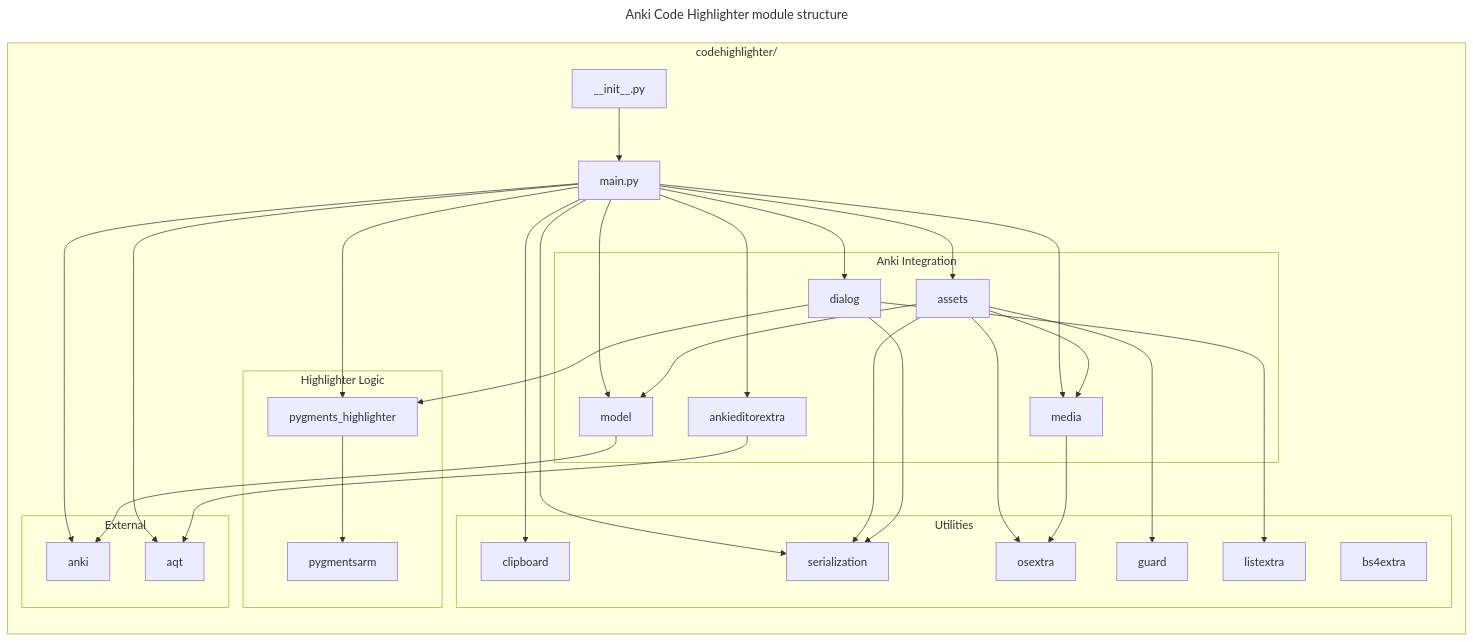
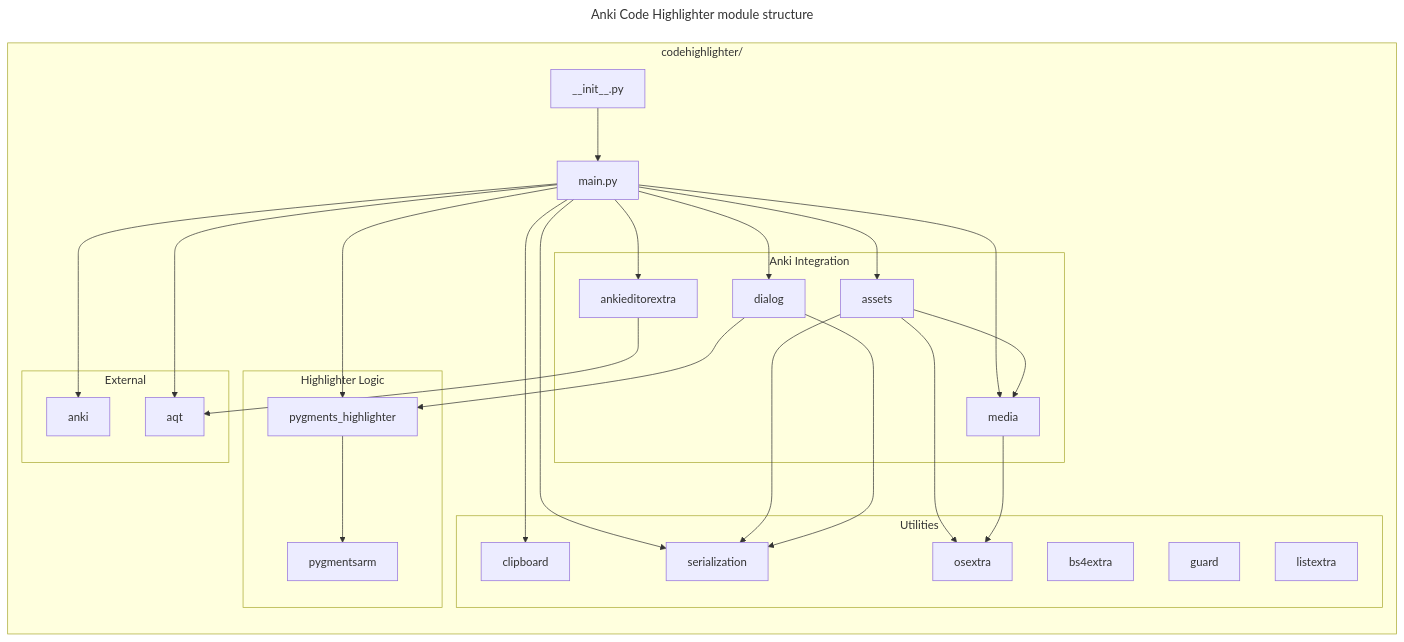
Before and after one commit to gregorias/anki-code-highlighter: the diagram in DEV.md, drawn with Mermaid. The commit also changed other lines of this file and 7 other files, not shown here.

````diff
--- a/DEV.md
+++ b/DEV.md
@@ -114,69 +114,62 @@
 ```mermaid
 ---
 title: Anki Code Highlighter module structure
 ---
 graph LR
   init[__init__.py]
 
   subgraph "codehighlighter/"
     main[main.py]
 
     subgraph "Anki Integration"
       ankieditorextra
       assets
       dialog
       media
-      model
     end
 
     subgraph "Highlighter Logic"
       pygments_highlighter
       pygmentsarm
     end
 
     subgraph "Utilities"
       bs4extra
       clipboard
       guard
       listextra
       osextra
       serialization
     end
 
     subgraph "External"
       anki-lib[anki]
       aqt-lib[aqt]
     end
 
     init --> main
 
     main --> ankieditorextra
     main --> assets
     main --> dialog
     main --> pygments_highlighter
     main --> media
-    main --> model
     main --> clipboard
     main --> serialization
     main --> anki-lib
     main --> aqt-lib
 
     pygments_highlighter --> pygmentsarm
 
     ankieditorextra --> aqt-lib
 
     assets --> media
-    assets --> model
     assets --> osextra
     assets --> serialization
-    assets --> guard
 
     dialog --> pygments_highlighter
-    dialog --> listextra
     dialog --> serialization
 
     media --> osextra
-
-    model --> anki-lib
   end
 ```
````
